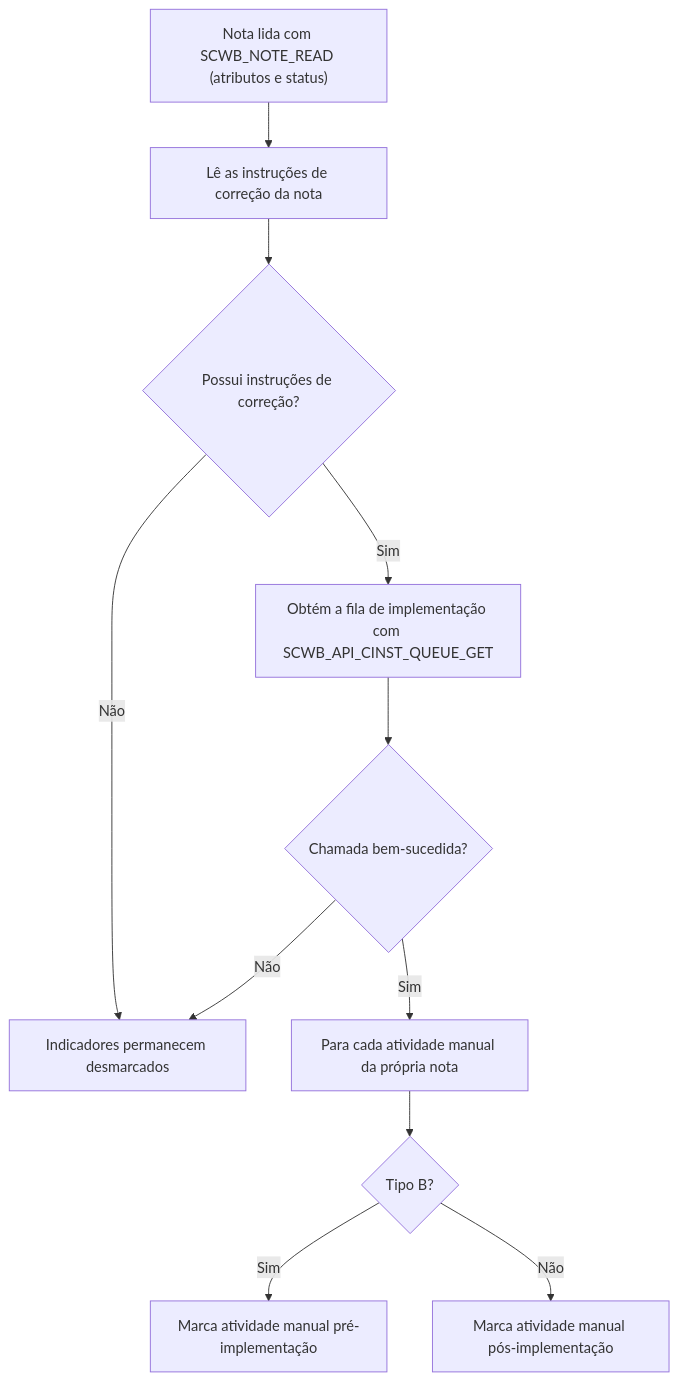
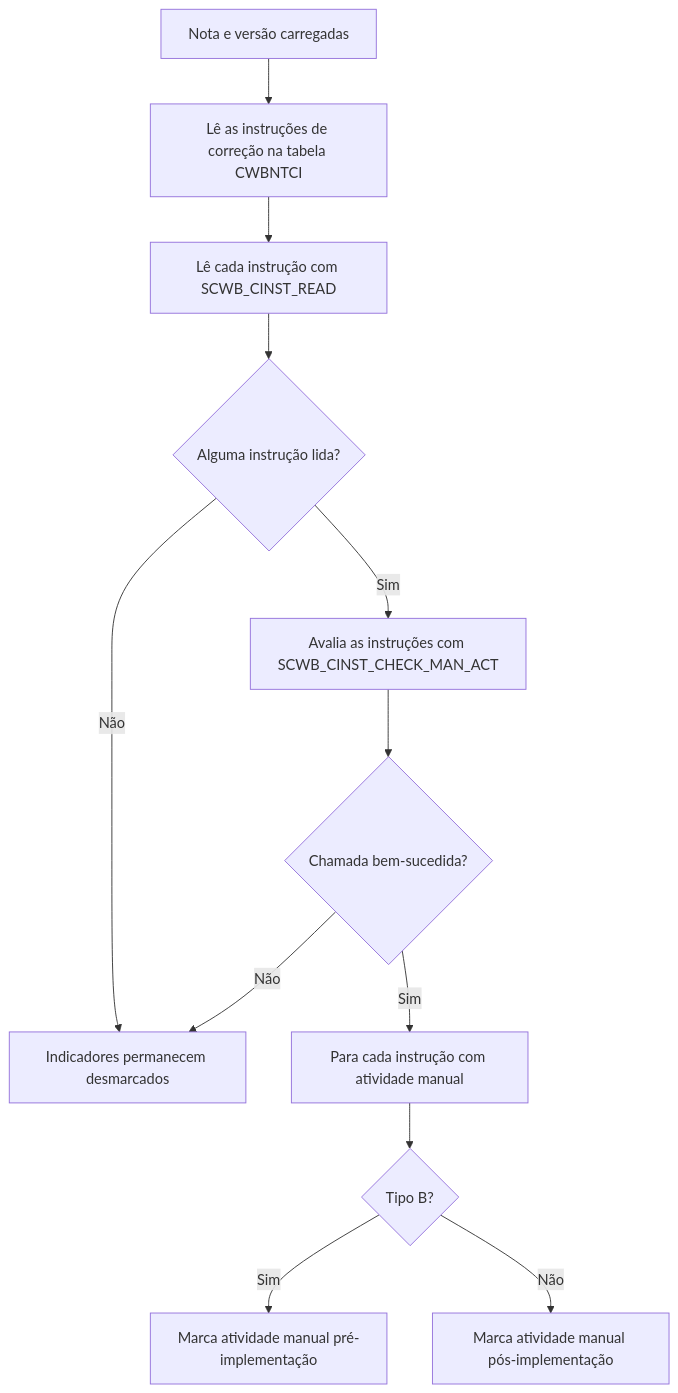
The fourth of 4 diagrams in README.md (JoaoFerrareis02/Projeto-Verificador-Notas-SAP), drawn with Mermaid before and after one commit. The commit also changed other lines of this file, not shown here.

````diff
--- a/README.md
+++ b/README.md
@@ -126,13 +153,14 @@
 ```mermaid
 flowchart TD
-    A["Nota lida com SCWB_NOTE_READ (atributos e status)"] --> B["Lê as instruções de correção da nota"]
-    B --> C{"Possui instruções de correção?"}
-    C -- Não --> Z["Indicadores permanecem desmarcados"]
-    C -- Sim --> D["Obtém a fila de implementação com SCWB_API_CINST_QUEUE_GET"]
-    D --> E{"Chamada bem-sucedida?"}
-    E -- Não --> Z
-    E -- Sim --> F["Para cada atividade manual da própria nota"]
-    F --> G{"Tipo B?"}
-    G -- Sim --> H["Marca atividade manual pré-implementação"]
-    G -- Não --> I["Marca atividade manual pós-implementação"]
+    A["Nota e versão carregadas"] --> B["Lê as instruções de correção na tabela CWBNTCI"]
+    B --> C["Lê cada instrução com SCWB_CINST_READ"]
+    C --> D{"Alguma instrução lida?"}
+    D -- Não --> Z["Indicadores permanecem desmarcados"]
+    D -- Sim --> E["Avalia as instruções com SCWB_CINST_CHECK_MAN_ACT"]
+    E --> F{"Chamada bem-sucedida?"}
+    F -- Não --> Z
+    F -- Sim --> G["Para cada instrução com atividade manual"]
+    G --> H{"Tipo B?"}
+    H -- Sim --> I["Marca atividade manual pré-implementação"]
+    H -- Não --> J["Marca atividade manual pós-implementação"]
 ```
````
